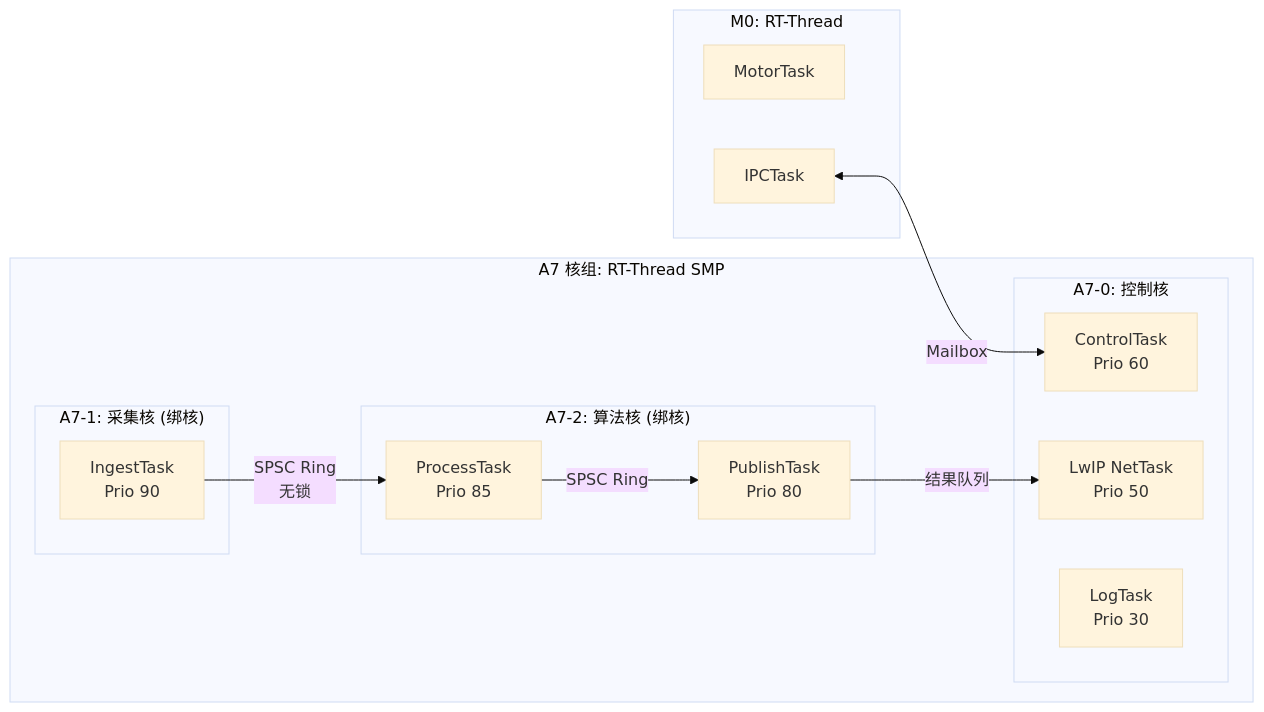
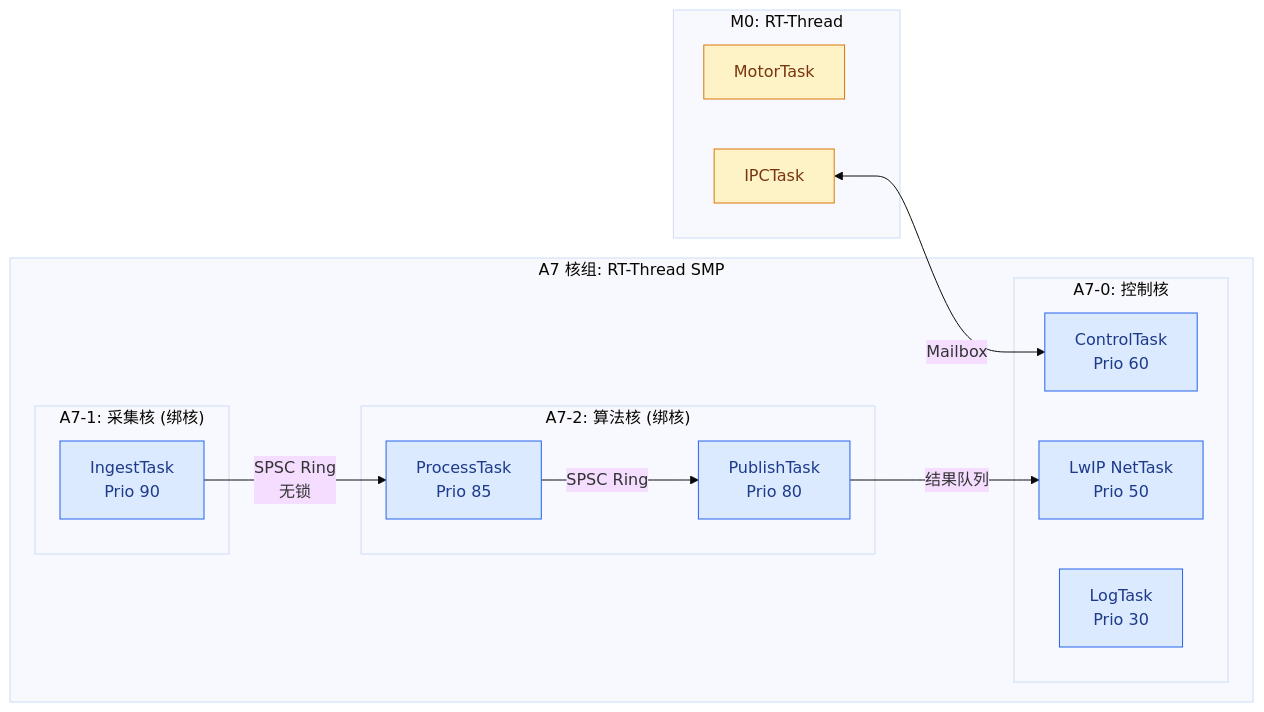
Before and after one commit to DeguiLiu/tech-notes: the third of 4 diagrams in content/posts/architecture/rtos_vs_linux_heterogeneous_soc.md, drawn with Mermaid (base theme). The commit also changed other lines of this file and 16 other files, not shown here.

First line of the commit message:
story-docs(blog): de-AI architecture and pattern posts, add project links

````diff
--- a/content/posts/architecture/rtos_vs_linux_heterogeneous_soc.md
+++ b/content/posts/architecture/rtos_vs_linux_heterogeneous_soc.md
@@ -177,27 +188,31 @@
 ```mermaid
 flowchart LR
     subgraph M0_RTOS["M0: RT-Thread"]
         M2_MOTOR["MotorTask"]
         M2_IPC["IPCTask"]
     end
 
     subgraph A7_RTOS["A7 核组: RT-Thread SMP"]
         subgraph CORE0_R["A7-0: 控制核"]
             R_CTRL["ControlTask\nPrio 60"]
             R_NET["LwIP NetTask\nPrio 50"]
             R_LOG["LogTask\nPrio 30"]
         end
         subgraph CORE1_R["A7-1: 采集核 (绑核)"]
             R_ACQ["IngestTask\nPrio 90"]
         end
         subgraph CORE2_R["A7-2: 算法核 (绑核)"]
             R_PROC["ProcessTask\nPrio 85"]
             R_PUB["PublishTask\nPrio 80"]
         end
     end
 
     M2_IPC <-->|"Mailbox"| R_CTRL
     R_ACQ -->|"SPSC Ring\n无锁"| R_PROC
     R_PROC -->|"SPSC Ring"| R_PUB
     R_PUB -->|"结果队列"| R_NET
+    classDef mcore fill:#fef3c7,stroke:#d97706,color:#78350f
+    classDef acore fill:#dbeafe,stroke:#2563eb,color:#1e3a8a
+    class M2_MOTOR,M2_IPC mcore
+    class R_CTRL,R_NET,R_LOG,R_ACQ,R_PROC,R_PUB acore
 ```
````
